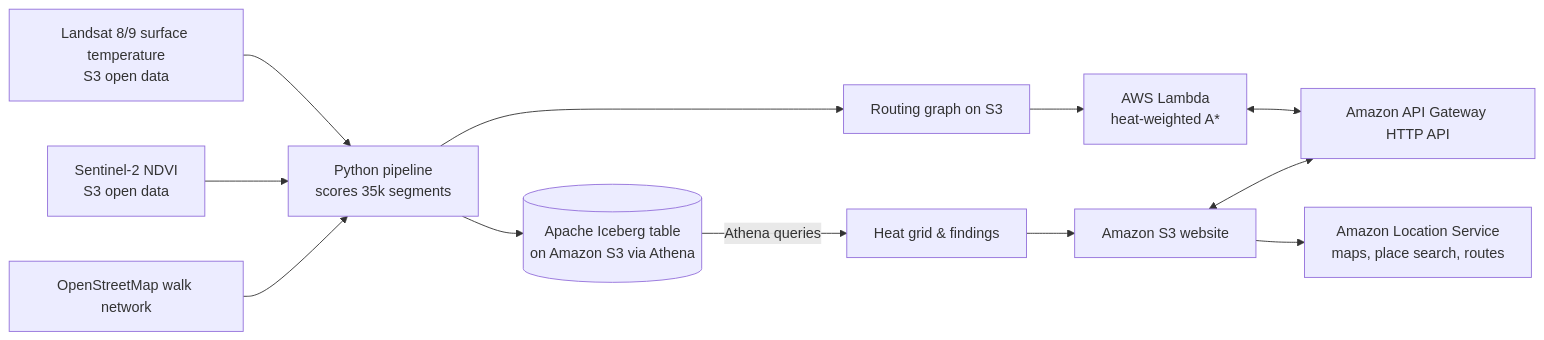
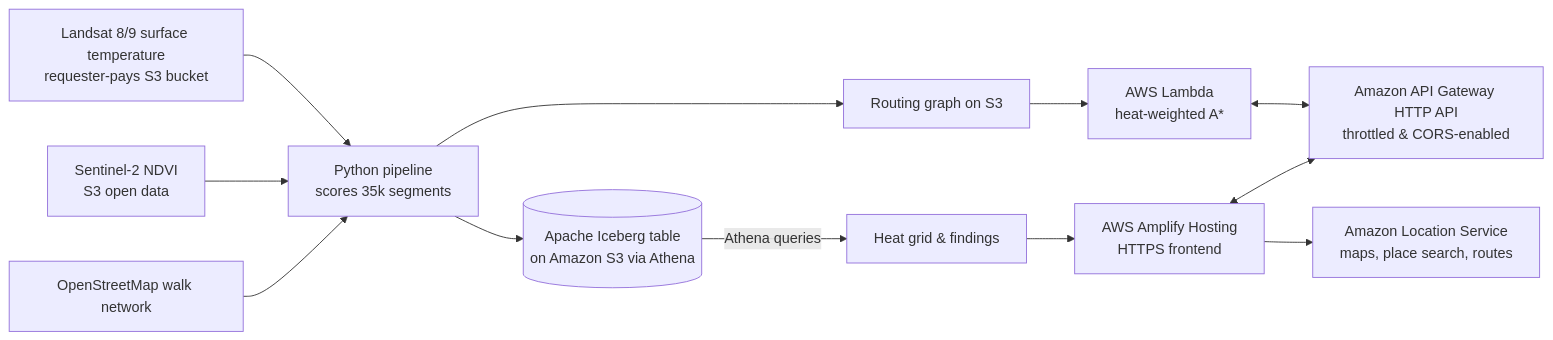
One commit to Kaltroniz/CoolWalk changed the diagram in docs/WRITEUP.md. Above: the diagram before and after it, drawn with Mermaid. The commit also changed other lines of this file and 16 other files, not shown here.

First line of the commit message:
feat: deploy HTTPS via AWS Amplify, harden API, add surface temp metric, and polish docs

````diff
--- a/docs/WRITEUP.md
+++ b/docs/WRITEUP.md
@@ -19,14 +19,14 @@
 ```mermaid
 flowchart LR
-  L8[Landsat 8/9 surface temperature<br/>S3 open data] --> P[Python pipeline<br/>scores 35k segments]
+  L8[Landsat 8/9 surface temperature<br/>requester-pays S3 bucket] --> P[Python pipeline<br/>scores 35k segments]
   S2[Sentinel-2 NDVI<br/>S3 open data] --> P
   OSM[OpenStreetMap walk network] --> P
   P --> ICE[(Apache Iceberg table<br/>on Amazon S3 via Athena)]
   ICE -->|Athena queries| ASSETS[Heat grid & findings]
   P --> GRAPH[Routing graph on S3]
   GRAPH --> LAM[AWS Lambda<br/>heat-weighted A*]
-  ASSETS --> SITE[Amazon S3 website]
-  LAM <--> API[Amazon API Gateway HTTP API]
-  SITE <--> API
-  SITE --> ALS[Amazon Location Service<br/>maps, place search, routes]
+  ASSETS --> HOST[AWS Amplify Hosting<br/>HTTPS frontend]
+  LAM <--> API[Amazon API Gateway HTTP API<br/>throttled & CORS-enabled]
+  HOST <--> API
+  HOST --> ALS[Amazon Location Service<br/>maps, place search, routes]
 ```
````
